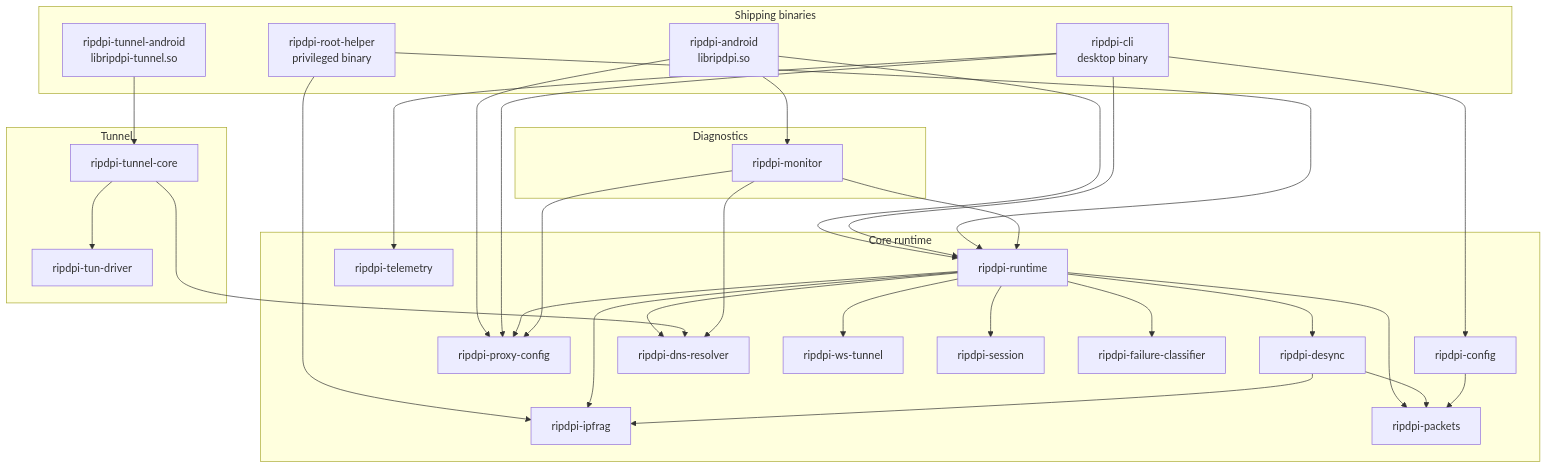
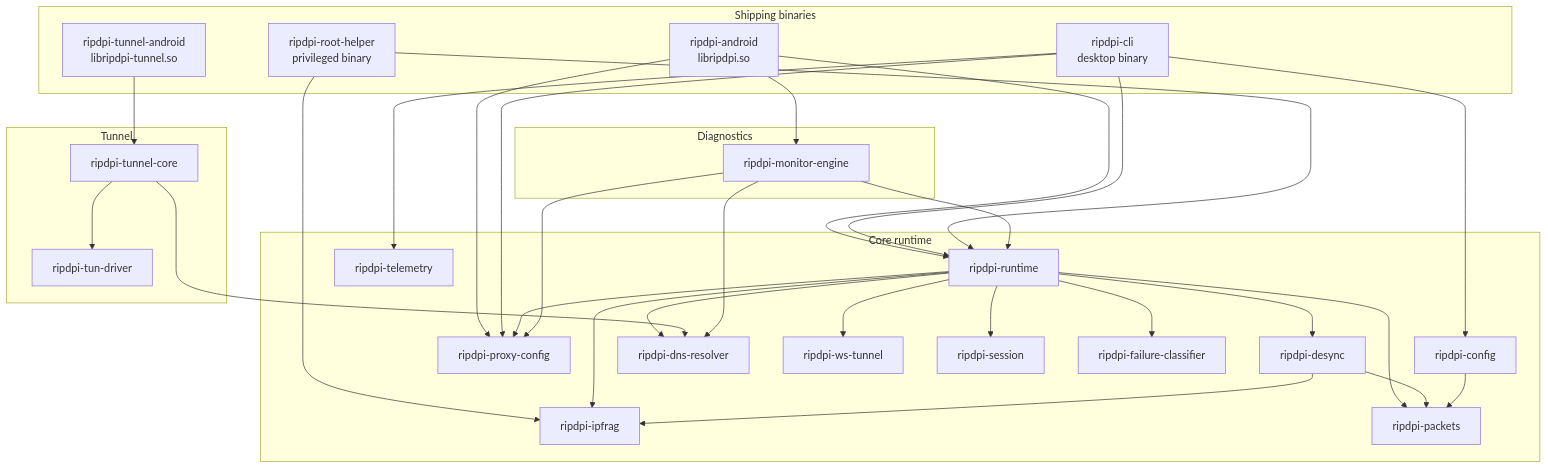
One commit to po4yka/RIPDPI changed the fourth of 4 diagrams in docs/native/README.md. Above: the diagram before and after it, drawn with Mermaid. The commit also changed other lines of this file and 41 other files, not shown here.

````diff
--- a/docs/native/README.md
+++ b/docs/native/README.md
@@ -297,43 +300,43 @@
 ```mermaid
 flowchart TD
     subgraph "Shipping binaries"
         AND["ripdpi-android\nlibripdpi.so"]
         TAND["ripdpi-tunnel-android\nlibripdpi-tunnel.so"]
         CLI["ripdpi-cli\ndesktop binary"]
         RH["ripdpi-root-helper\nprivileged binary"]
     end
 
     subgraph "Core runtime"
         RT["ripdpi-runtime"]
         DSN["ripdpi-desync"]
         CFG["ripdpi-proxy-config"]
         CCFG["ripdpi-config"]
         TELEM["ripdpi-telemetry"]
         DNS["ripdpi-dns-resolver"]
         WST["ripdpi-ws-tunnel"]
         FRAG["ripdpi-ipfrag"]
         SESS["ripdpi-session"]
         FC["ripdpi-failure-classifier"]
         PKT["ripdpi-packets"]
     end
 
     subgraph "Tunnel"
         TC["ripdpi-tunnel-core"]
         TD["ripdpi-tun-driver"]
     end
 
     subgraph "Diagnostics"
-        MON["ripdpi-monitor"]
+        MON["ripdpi-monitor-engine"]
     end
 
     AND --> RT & MON & CFG
     TAND --> TC
     CLI --> RT & CFG & CCFG & TELEM
     RH --> RT & FRAG
 
     RT --> DSN & DNS & WST & FRAG & SESS & FC & CFG & PKT
     TC --> DNS & TD
     MON --> RT & DNS & CFG
     DSN --> PKT & FRAG
     CCFG --> PKT
 ```
````
